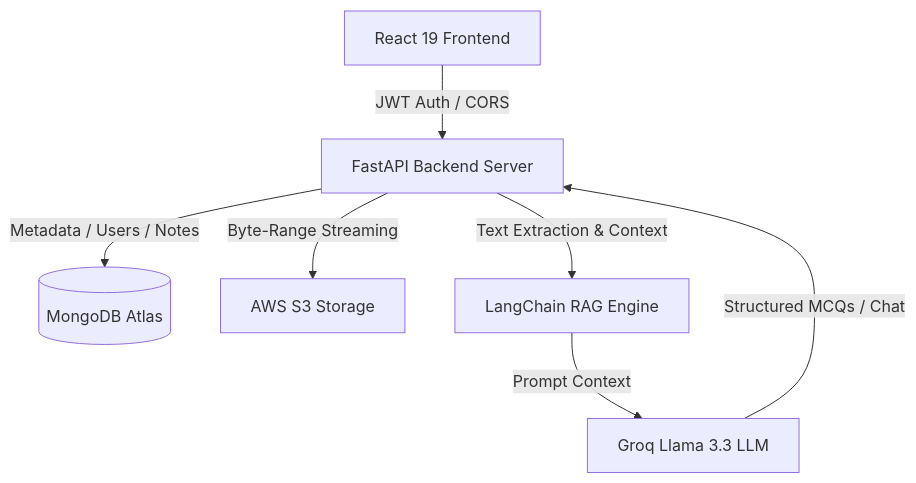
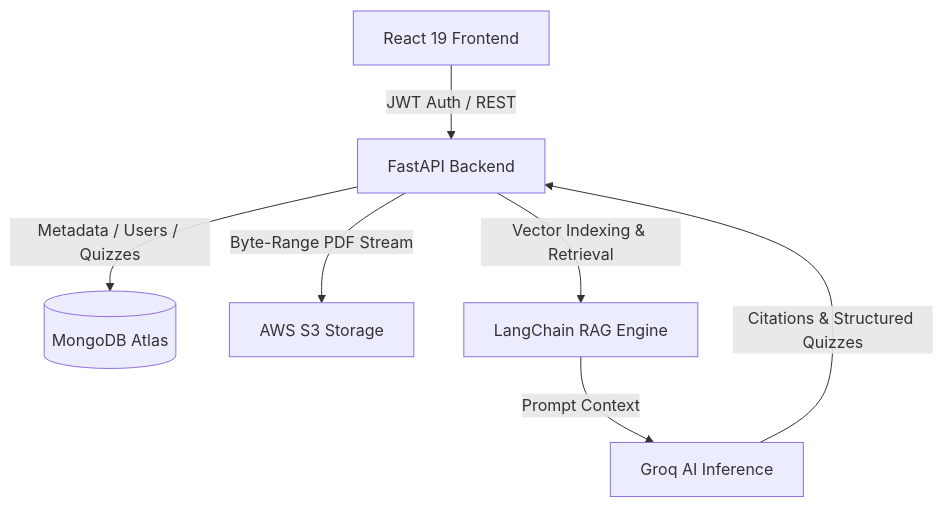
The diagram in README.md (Pritii-9/DocMind-AI-Intelligent-Document-Analysis-Quiz-Studio), drawn with Mermaid before and after one commit. The commit also changed other lines of this file and 23 other files, not shown here.

````diff
--- a/README.md
+++ b/README.md
@@ -44,9 +56,9 @@
 ```mermaid
 graph TD
-    Client[React 19 Frontend] -->|JWT Auth / CORS| API[FastAPI Backend Server]
-    API -->|Metadata / Users / Notes| DB[(MongoDB Atlas)]
-    API -->|Byte-Range Streaming| S3[AWS S3 Storage]
-    API -->|Text Extraction & Context| RAG[LangChain RAG Engine]
-    RAG -->|Prompt Context| Groq[Groq Llama 3.3 LLM]
-    Groq -->|Structured MCQs / Chat| API
+    Client[React 19 Frontend] -->|JWT Auth / REST| API[FastAPI Backend]
+    API -->|Metadata / Users / Quizzes| DB[(MongoDB Atlas)]
+    API -->|Byte-Range PDF Stream| S3[AWS S3 Storage]
+    API -->|Vector Indexing & Retrieval| RAG[LangChain RAG Engine]
+    RAG -->|Prompt Context| Groq[Groq AI Inference]
+    Groq -->|Citations & Structured Quizzes| API
 ```
````
